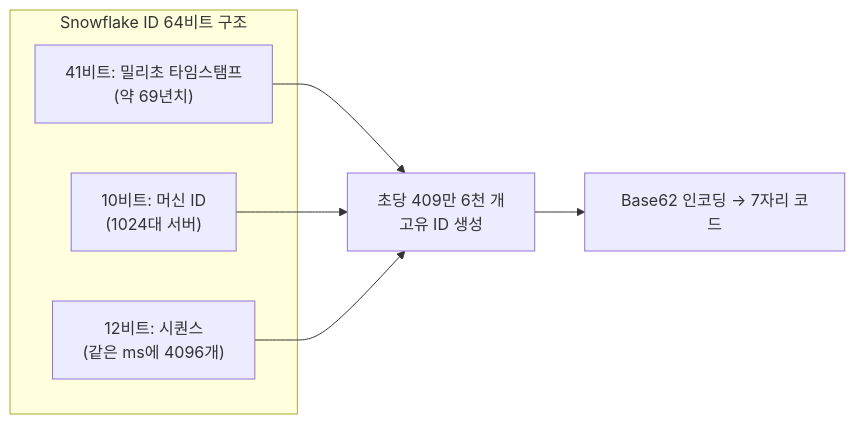
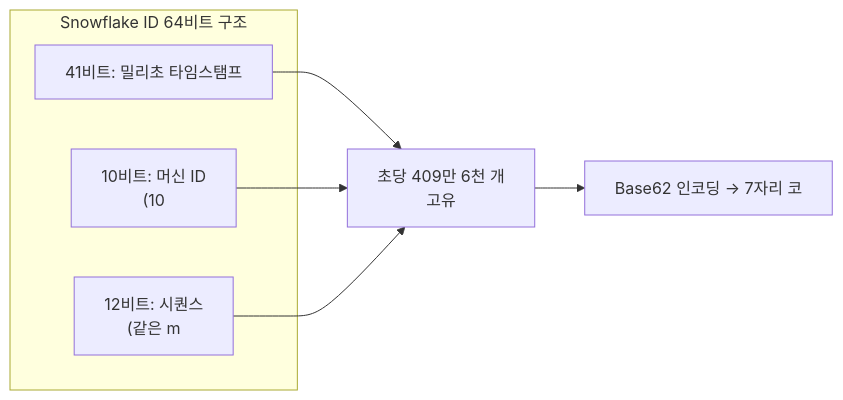
The first of 8 diagrams in _posts/systemdesign/2026-05-02-system-design-url-shortener.md (yjkim2015/yjkim2015.github.io), drawn with Mermaid before and after one commit. The commit also changed other lines of this file and 271 other files, not shown here.

First line of the commit message:
Mermaid 라벨 축소: 긴 노드 텍스트 18자 이하로 트림 + \n 제거

````diff
--- a/_posts/systemdesign/2026-05-02-system-design-url-shortener.md
+++ b/_posts/systemdesign/2026-05-02-system-design-url-shortener.md
@@ -91,12 +91,12 @@
 ```mermaid
 graph LR
     subgraph "Snowflake ID 64비트 구조"
-        T["41비트: 밀리초 타임스탬프<br>(약 69년치)"]
-        M["10비트: 머신 ID<br>(1024대 서버)"]
-        S["12비트: 시퀀스<br>(같은 ms에 4096개)"]
+        T["41비트: 밀리초 타임스탬프<br"]
+        M["10비트: 머신 ID<br>(10"]
+        S["12비트: 시퀀스<br>(같은 m"]
     end
-    T --> ID["초당 409만 6천 개<br>고유 ID 생성"]
+    T --> ID["초당 409만 6천 개<br>고유"]
     M --> ID
     S --> ID
-    ID --> BASE62["Base62 인코딩 → 7자리 코드"]
+    ID --> BASE62["Base62 인코딩 → 7자리 코"]
 ```
````
